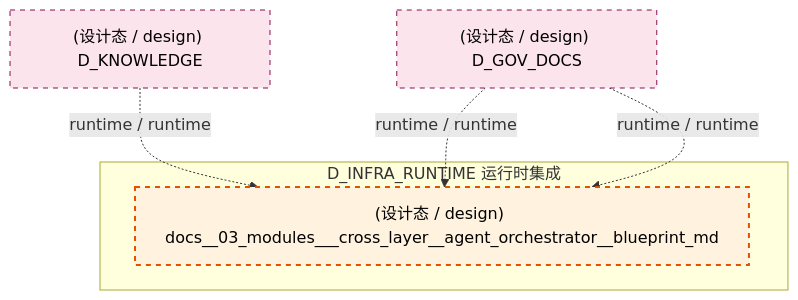
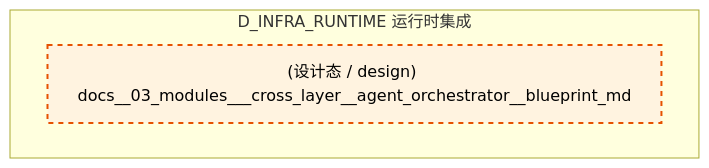
The eighth of 10 diagrams in docs/02_enterprise_architecture/02_domain_architecture_docs/04_d_infra_runtime.md (xuanFelixVan/ZephyrAlpha), drawn with Mermaid before and after one commit. The commit also changed other lines of this file and 101 other files, not shown here.

````diff
--- a/docs/02_enterprise_architecture/02_domain_architecture_docs/04_d_infra_runtime.md
+++ b/docs/02_enterprise_architecture/02_domain_architecture_docs/04_d_infra_runtime.md
@@ -1036,17 +1029,11 @@
 ```mermaid
 graph TD
     subgraph D_INFRA_RUNTIME["D_INFRA_RUNTIME 运行时集成"]
         docs_03_modules_cross_layer_agent_orchestrator_blueprint_md["(设计态 / design) docs__03_modules___cross_layer__agent_orchestrator__blueprint_md"]
     end
-    D_KNOWLEDGE["(设计态 / design) D_KNOWLEDGE"]
-    D_KNOWLEDGE -.->|runtime / runtime| docs_03_modules_cross_layer_agent_orchestrator_blueprint_md
-    D_GOV_DOCS["(设计态 / design) D_GOV_DOCS"]
-    D_GOV_DOCS -.->|runtime / runtime| docs_03_modules_cross_layer_agent_orchestrator_blueprint_md
-    D_GOV_DOCS -.->|runtime / runtime| docs_03_modules_cross_layer_agent_orchestrator_blueprint_md
     classDef production fill:#e1f5fe,stroke:#01579b,stroke-width:2px,color:#000
     classDef design fill:#fff3e0,stroke:#e65100,stroke-width:2px,color:#000,stroke-dasharray: 5 5
     classDef external_prod fill:#e8f5e9,stroke:#1b5e20,stroke-width:1px,color:#000
     classDef external_design fill:#fce4ec,stroke:#880e4f,stroke-width:1px,color:#000,stroke-dasharray: 5 5
     class docs_03_modules_cross_layer_agent_orchestrator_blueprint_md design
-    class D_KNOWLEDGE,D_GOV_DOCS external_design
 ```
````
